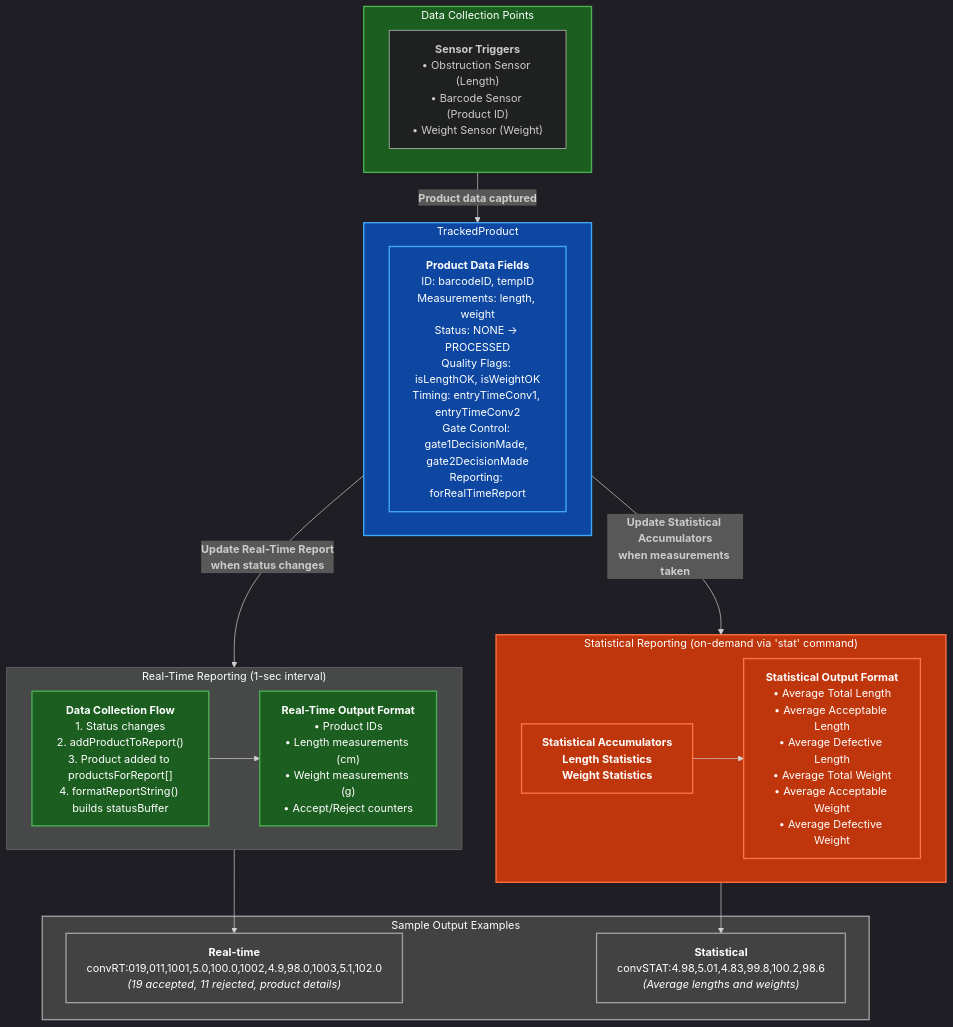
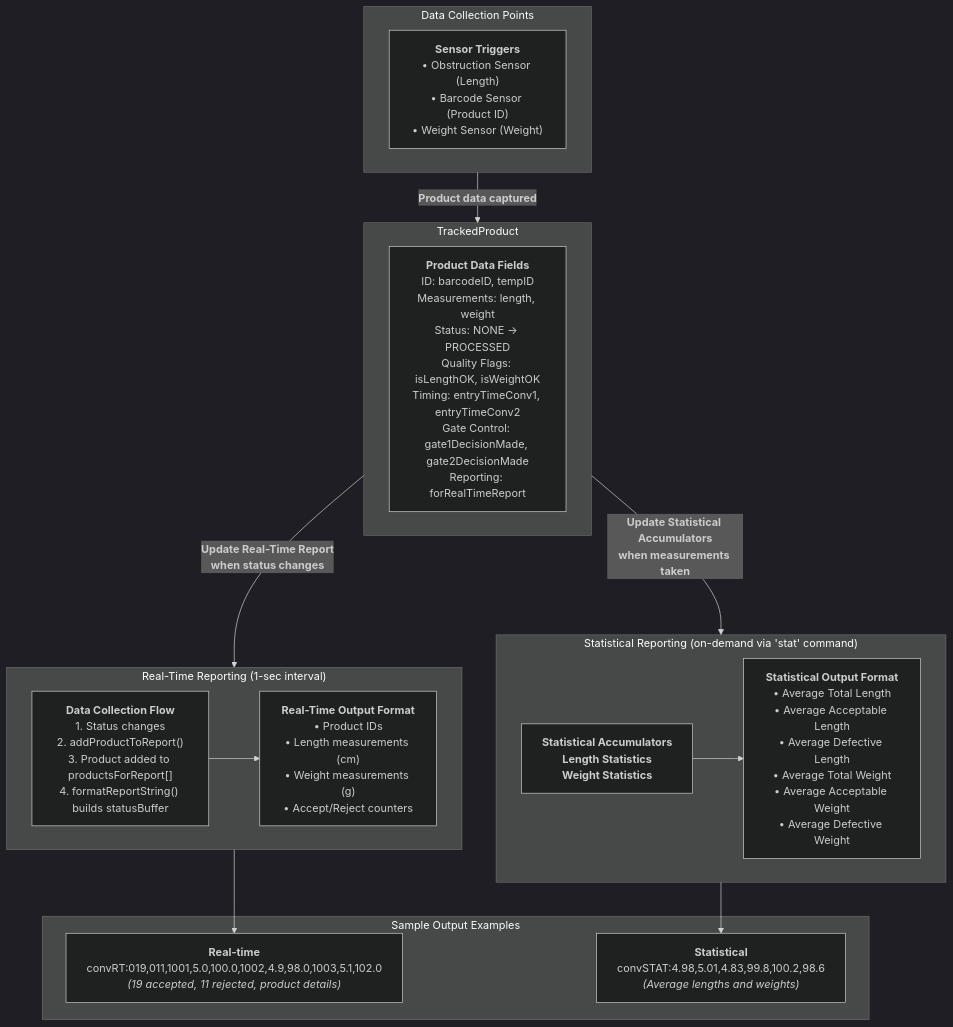
Before and after one commit to ryan7302/Smart-Dual-Coveyor-System: the second of 3 diagrams in Readme.md, drawn with Mermaid.

````diff
--- a/Readme.md
+++ b/Readme.md
@@ -136,54 +136,42 @@
 ```mermaid
 %%{init: {'theme': 'dark'}}%%
 graph TB
-    %% Dark theme class definitions
-    classDef green fill:#1b5e20,stroke:#4caf50,stroke-width:2px,color:#fff
-    classDef blue fill:#0d47a1,stroke:#42a5f5,stroke-width:2px,color:#fff
-    classDef orange fill:#bf360c,stroke:#ff7043,stroke-width:2px,color:#fff
-    classDef gray fill:#424242,stroke:#9e9e9e,stroke-width:2px,color:#fff
-
     %% Data Collection Points
     subgraph DC["Data Collection Points"]
       sensors["<b>Sensor Triggers</b><br/>• Obstruction Sensor (Length)<br/>• Barcode Sensor (Product ID)<br/>• Weight Sensor (Weight)"]
     end
 
     %% TrackedProduct
     subgraph TP["TrackedProduct"]
       product["<b>Product Data Fields</b><br/>ID: barcodeID, tempID<br/>Measurements: length, weight<br/>Status: NONE → PROCESSED<br/>Quality Flags: isLengthOK, isWeightOK<br/>Timing: entryTimeConv1, entryTimeConv2<br/>Gate Control: gate1DecisionMade, gate2DecisionMade<br/>Reporting: forRealTimeReport"]
     end
 
     %% Real-Time Reporting (1-sec interval)
     subgraph RT["Real-Time Reporting (1-sec interval)"]
       direction LR
       rt_flow["<b>Data Collection Flow</b><br/>1. Status changes<br/>2. addProductToReport()<br/>3. Product added to productsForReport[]<br/>4. formatReportString() builds statusBuffer"]
       rt_output["<b>Real-Time Output Format</b><br/>• Product IDs<br/>• Length measurements (cm)<br/>• Weight measurements (g)<br/>• Accept/Reject counters"]
       rt_flow --> rt_output
     end
 
     %% Statistical Reporting (on-demand via 'stat' command)
     subgraph STAT["Statistical Reporting (on-demand via 'stat' command)"]
       direction LR
       stat_accum["<b>Statistical Accumulators</b><br/><b>Length Statistics</b><br/><b>Weight Statistics</b>"]
       stat_output["<b>Statistical Output Format</b><br/>• Average Total Length<br/>• Average Acceptable Length<br/>• Average Defective Length<br/>• Average Total Weight<br/>• Average Acceptable Weight<br/>• Average Defective Weight"]
       stat_accum --> stat_output
     end
 
     %% Sample Outputs
     subgraph SAMPLES["Sample Output Examples"]
       rt_sample["<b>Real-time</b><br/>convRT:019,011,1001,5.0,100.0,1002,4.9,98.0,1003,5.1,102.0<br/><i>(19 accepted, 11 rejected, product details)</i>"]
       stat_sample["<b>Statistical</b><br/>convSTAT:4.98,5.01,4.83,99.8,100.2,98.6<br/><i>(Average lengths and weights)</i>"]
     end
 
     %% Connections
     DC -->|<b>Product data captured</b>| TP
     TP -->|<b>Update Real-Time Report<br/>when status changes</b>| RT
     TP -->|<b>Update Statistical Accumulators<br/>when measurements taken</b>| STAT
     rt_output --> rt_sample
     stat_output --> stat_sample
-
-    %% Apply colour classes
-    class DC,rt_flow,rt_output green
-    class TP,product blue
-    class STAT,stat_accum,stat_output orange
-    class SAMPLES,rt_sample,stat_sample gray
 ```
````
